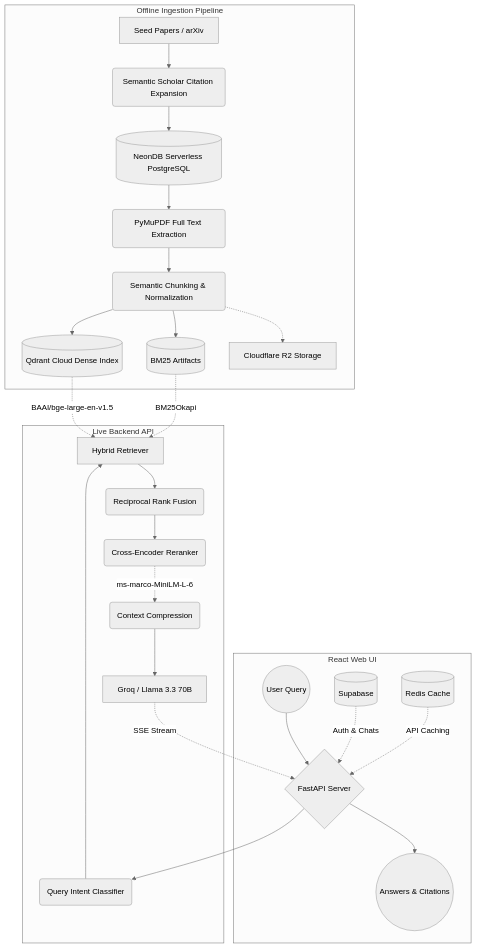
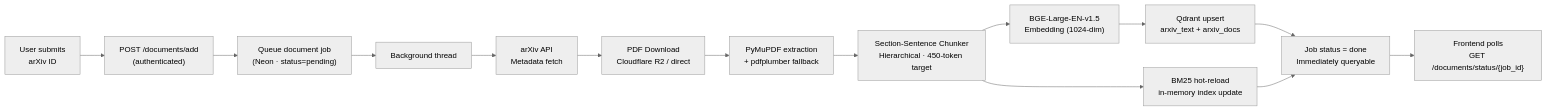
Before and after one commit to HimasagarU/Arxiv-RAG-Assistant: the third of 5 diagrams in README.md, drawn with Mermaid (neutral theme). The commit also changed other lines of this file and 2 other files, not shown here.

Commit message:
readme: update architectural diagrams and feature list

````diff
--- a/README.md
+++ b/README.md
@@ -19,34 +107,15 @@
 ```mermaid
-flowchart TD
-    %% Offline Pipeline
-    subgraph Offline [Offline Ingestion Pipeline]
-        A[Seed Papers / arXiv] --> B(Semantic Scholar Citation Expansion)
-        B --> C[(NeonDB Serverless PostgreSQL)]
-        C --> D(PyMuPDF Full Text Extraction)
-        D --> E(Semantic Chunking & Normalization)
-        E --> F1[(Qdrant Cloud Dense Index)]
-        E --> F2[(BM25 Artifacts)]
-        E -.-> CF[Cloudflare R2 Storage]
-    end
-
-    %% Live API Pipeline
-    subgraph Live [Live Backend API]
-        G(Query Intent Classifier) --> H[Hybrid Retriever]
-        F1 -.->|BAAI/bge-large-en-v1.5| H
-        F2 -.->|BM25Okapi| H
-        H --> I(Reciprocal Rank Fusion)
-        I --> J(Cross-Encoder Reranker)
-        J -.->|ms-marco-MiniLM-L-6| K(Context Compression)
-        K --> L[Groq / Llama 3.3 70B]
-    end
-
-    %% Frontend & Auth
-    subgraph Frontend [React Web UI]
-        M((User Query)) --> N{FastAPI Server}
-        SB[(Supabase)] -. Auth & Chats .-> N
-        RC[(Redis Cache)] -. API Caching .-> N
-        N --> G
-        L -. SSE Stream .-> N
-        N --> O((Answers & Citations))
-    end
+flowchart LR
+    A["User submits\narXiv ID"] --> B["POST /documents/add\n(authenticated)"]
+    B --> C["Queue document job\n(Neon · status=pending)"]
+    C --> D["Background thread"]
+    D --> E["arXiv API\nMetadata fetch"]
+    E --> F["PDF Download\nCloudflare R2 / direct"]
+    F --> G["PyMuPDF extraction\n+ pdfplumber fallback"]
+    G --> H["Section-Sentence Chunker\nHierarchical · 450-token target"]
+    H --> I["BGE-Large-EN-v1.5\nEmbedding (1024-dim)"]
+    I --> J["Qdrant upsert\narxiv_text + arxiv_docs"]
+    H --> K["BM25 hot-reload\nin-memory index update"]
+    J & K --> L["Job status = done\nImmediately queryable"]
+    L --> M["Frontend polls\nGET /documents/status/{job_id}"]
 ```
````
